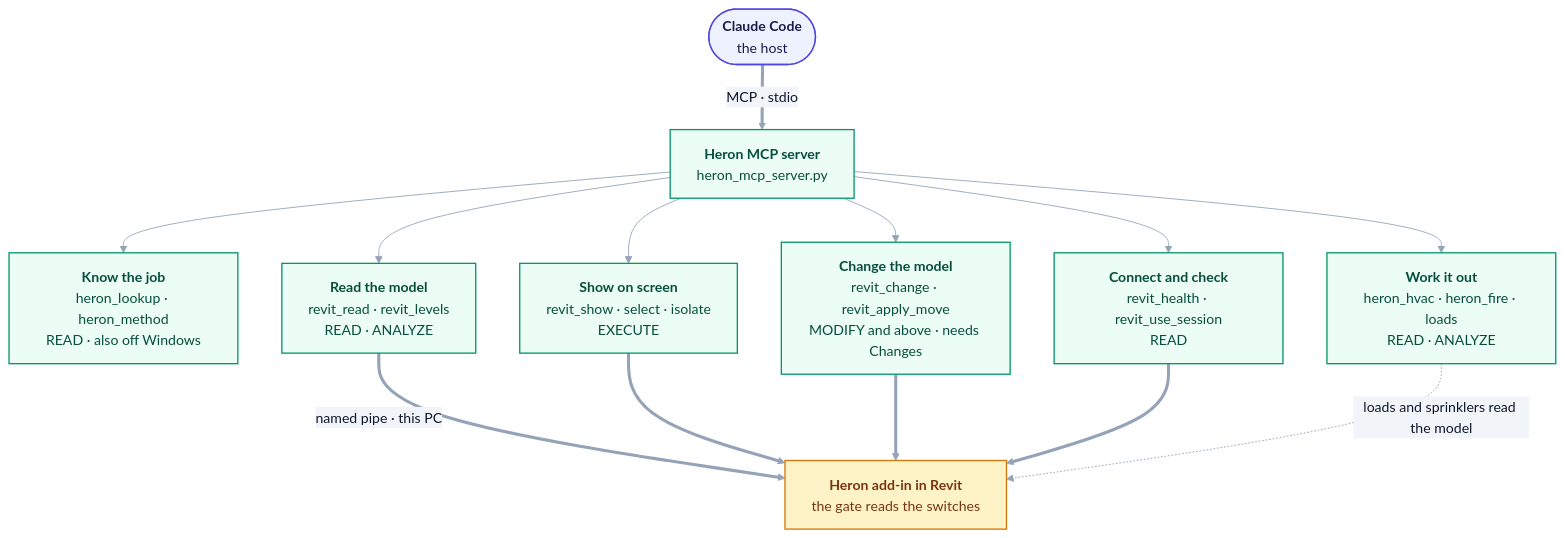
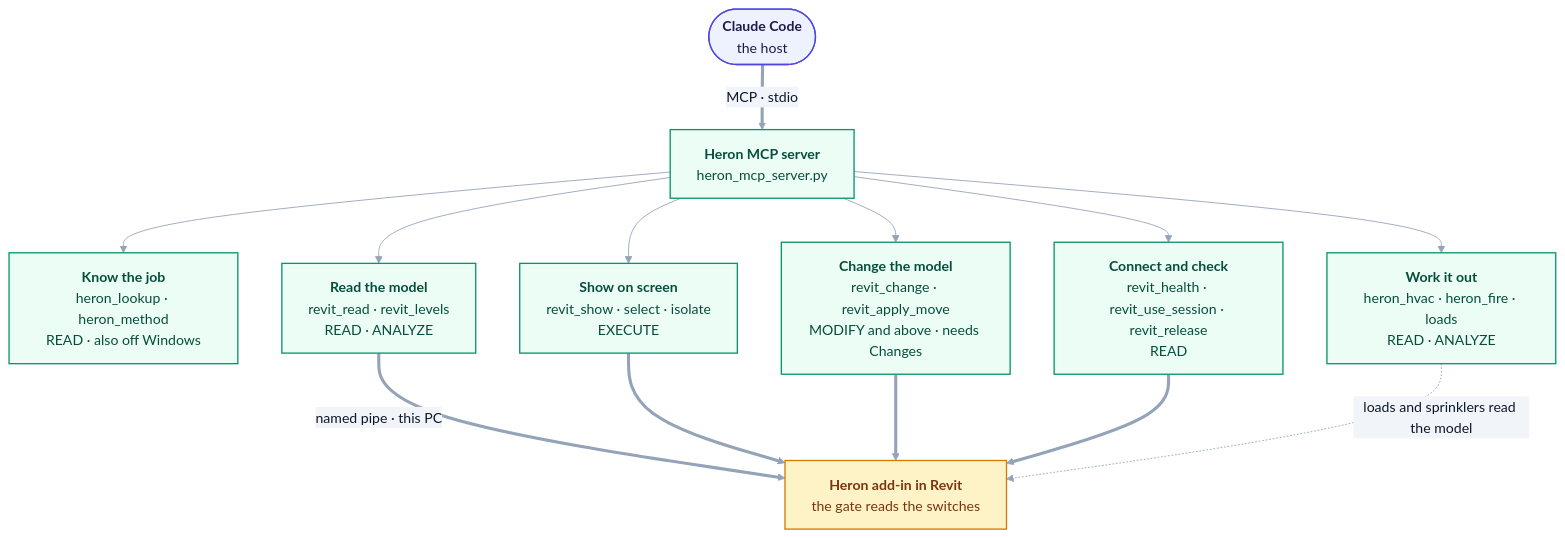
One commit to Ajmalpshaik/Heron-AI changed the diagram in mcp/README.md. Above: the diagram before and after it, drawn with Mermaid. The commit also changed other lines of this file and 35 other files, not shown here.

First line of the commit message:
One model, one chat at a time (D-141): per-chat id, model hold, revit_release, Free this model - compiled and tested, NOT run in Revit (#671)

````diff
--- a/mcp/README.md
+++ b/mcp/README.md
@@ -29,33 +29,33 @@
 ```mermaid
 %%{init: {"themeVariables": {"edgeLabelBackground":"#F1F5F9","lineColor":"#94A3B8","textColor":"#0F172A","tertiaryTextColor":"#0F172A"}}}%%
 flowchart TD
     CC(["<b>Claude Code</b><br/>the host"])
     S["<b>Heron MCP server</b><br/>heron_mcp_server.py"]
     K["<b>Know the job</b><br/>heron_lookup · heron_method<br/>READ · also off Windows"]
     W["<b>Work it out</b><br/>heron_hvac · heron_fire · loads<br/>READ · ANALYZE"]
     R["<b>Read the model</b><br/>revit_read · revit_levels<br/>READ · ANALYZE"]
     SH["<b>Show on screen</b><br/>revit_show · select · isolate<br/>EXECUTE"]
     C["<b>Change the model</b><br/>revit_change · revit_apply_move<br/>MODIFY and above · needs Changes"]
-    H["<b>Connect and check</b><br/>revit_health · revit_use_session<br/>READ"]
+    H["<b>Connect and check</b><br/>revit_health · revit_use_session · revit_release<br/>READ"]
     AD["<b>Heron add-in in Revit</b><br/>the gate reads the switches"]
 
     CC ==>|MCP · stdio| S
     S --> K
     S --> W
     S --> R
     S --> SH
     S --> C
     S --> H
     R ==>|named pipe · this PC| AD
     SH ==> AD
     C ==> AD
     H ==> AD
     W -.->|loads and sprinklers read the model| AD
 
     classDef host fill:#EEF2FF,stroke:#4F46E5,stroke-width:1.5px,color:#1E1B4B
     classDef brain fill:#ECFDF5,stroke:#059669,stroke-width:1.5px,color:#064E3B
     classDef addin fill:#FEF3C7,stroke:#D97706,stroke-width:1.5px,color:#78350F
     class CC host
     class S,K,W,R,SH,C,H brain
     class AD addin
 ```
````
